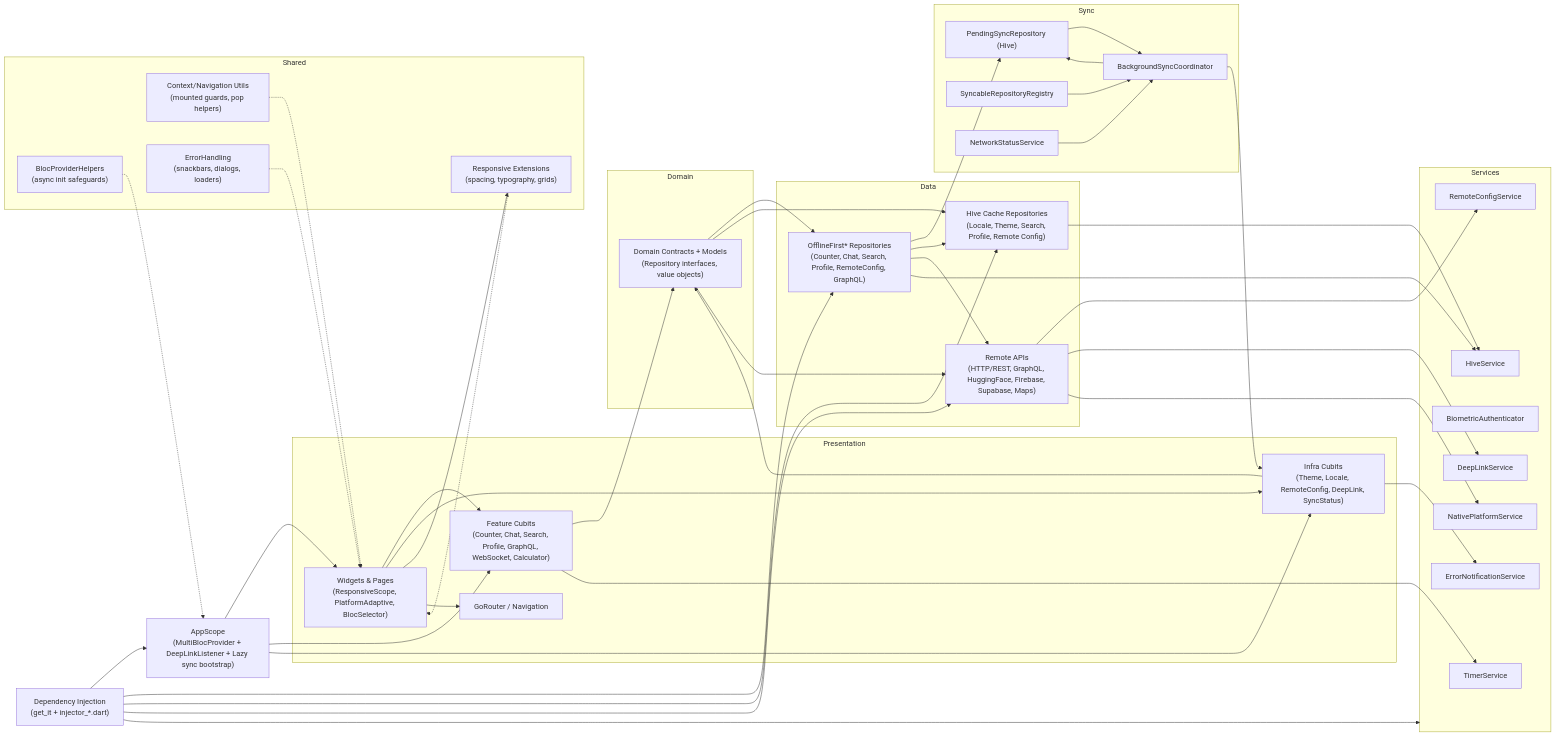
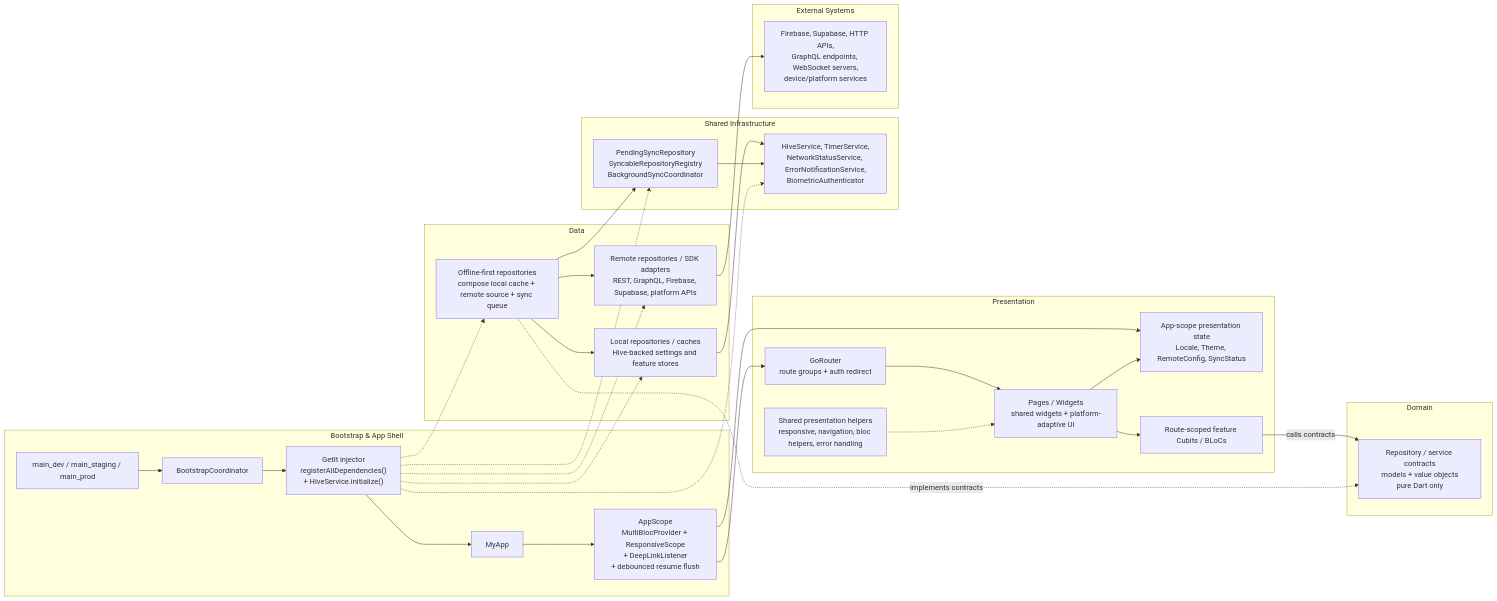
Before and after one commit to redjadet/flutter_bloc_app: the first of 2 diagrams in docs/architecture_details.md, drawn with Mermaid. The commit also changed other lines of this file and 1 other file, not shown here.

First line of the commit message:
docs: enhance architecture details and diagram for clarity

````diff
--- a/docs/architecture_details.md
+++ b/docs/architecture_details.md
@@ -26,84 +30,58 @@
 ```mermaid
 flowchart LR
-  AppScope["AppScope<br/>(MultiBlocProvider + DeepLinkListener + Lazy sync bootstrap)"]
-
-  subgraph Presentation
-    Widgets["Widgets & Pages<br/>(ResponsiveScope, PlatformAdaptive, BlocSelector)"]
-    FeatureCubits["Feature Cubits<br/>(Counter, Chat, Search, Profile, GraphQL, WebSocket, Calculator)"]
-    InfraCubits["Infra Cubits<br/>(Theme, Locale, RemoteConfig, DeepLink, SyncStatus)"]
-    Router["GoRouter / Navigation"]
+  subgraph Boot["Bootstrap & App Shell"]
+    Entry["main_dev / main_staging / main_prod"]
+    Bootstrap["BootstrapCoordinator"]
+    DI["GetIt injector<br/>registerAllDependencies()<br/>+ HiveService.initialize()"]
+    MyApp["MyApp"]
+    AppScope["AppScope<br/>MultiBlocProvider + ResponsiveScope<br/>+ DeepLinkListener<br/>+ debounced resume flush"]
+    Entry --> Bootstrap --> DI --> MyApp --> AppScope
   end
 
-  subgraph Domain
-    Contracts["Domain Contracts + Models<br/>(Repository interfaces, value objects)"]
+  subgraph Presentation["Presentation"]
+    Router["GoRouter<br/>route groups + auth redirect"]
+    AppState["App-scope presentation state<br/>Locale, Theme, RemoteConfig, SyncStatus"]
+    FeatureUI["Pages / Widgets<br/>shared widgets + platform-adaptive UI"]
+    FeatureLogic["Route-scoped feature Cubits / BLoCs"]
+    SharedUI["Shared presentation helpers<br/>responsive, navigation, bloc helpers, error handling"]
   end
 
-  subgraph Data
-    OfflineRepos["OfflineFirst* Repositories<br/>(Counter, Chat, Search, Profile, RemoteConfig, GraphQL)"]
-    CacheRepos["Hive Cache Repositories<br/>(Locale, Theme, Search, Profile, Remote Config)"]
-    RemoteRepos["Remote APIs<br/>(HTTP/REST, GraphQL, HuggingFace, Firebase, Supabase, Maps)"]
+  subgraph Domain["Domain"]
+    Contracts["Repository / service contracts<br/>models + value objects<br/>pure Dart only"]
   end
 
-  subgraph Sync
-    PendingSync["PendingSyncRepository (Hive)"]
-    Registry["SyncableRepositoryRegistry"]
-    Coordinator["BackgroundSyncCoordinator"]
-    NetworkStatus["NetworkStatusService"]
+  subgraph Data["Data"]
+    OfflineRepos["Offline-first repositories<br/>compose local cache + remote source + sync queue"]
+    LocalData["Local repositories / caches<br/>Hive-backed settings and feature stores"]
+    RemoteData["Remote repositories / SDK adapters<br/>REST, GraphQL, Firebase, Supabase, platform APIs"]
   end
 
-  subgraph Services
-    HiveService
-    TimerService
-    BiometricAuthenticator
-    DeepLinkService
-    RemoteConfigService
-    NativePlatformService
-    ErrorNotificationService
+  subgraph Infra["Shared Infrastructure"]
+    Sync["PendingSyncRepository<br/>SyncableRepositoryRegistry<br/>BackgroundSyncCoordinator"]
+    Services["HiveService, TimerService,<br/>NetworkStatusService, ErrorNotificationService,<br/>BiometricAuthenticator"]
   end
 
-  subgraph Shared
-    ResponsiveExt["Responsive Extensions<br/>(spacing, typography, grids)"]
-    ContextUtilsNode["Context/Navigation Utils<br/>(mounted guards, pop helpers)"]
-    ErrorHandlingNode["ErrorHandling<br/>(snackbars, dialogs, loaders)"]
-    BlocProviderHelpers["BlocProviderHelpers<br/>(async init safeguards)"]
+  subgraph External["External Systems"]
+    APIs["Firebase, Supabase, HTTP APIs,<br/>GraphQL endpoints, WebSocket servers,<br/>device/platform services"]
   end
 
-  Injector["Dependency Injection<br/>(get_it + injector_*.dart)"]
-
-  AppScope --> Widgets
-  AppScope --> FeatureCubits
-  AppScope --> InfraCubits
-  Widgets --> FeatureCubits
-  Widgets --> InfraCubits
-  Widgets --> ResponsiveExt
-  Widgets --> Router
-  FeatureCubits --> Contracts
-  InfraCubits --> Contracts
-  Contracts --> OfflineRepos
-  Contracts --> CacheRepos
-  Contracts --> RemoteRepos
-  OfflineRepos --> PendingSync
-  OfflineRepos --> CacheRepos
-  OfflineRepos --> RemoteRepos
-  CacheRepos --> HiveService
-  OfflineRepos --> HiveService
-  FeatureCubits --> TimerService
-  InfraCubits --> ErrorNotificationService
-  RemoteRepos --> RemoteConfigService
-  RemoteRepos --> DeepLinkService
-  RemoteRepos --> NativePlatformService
-  PendingSync --> Coordinator
-  Registry --> Coordinator
-  NetworkStatus --> Coordinator
-  Coordinator --> PendingSync
-  Coordinator --> InfraCubits
-  Injector --> AppScope
-  Injector --> Services
-  Injector --> OfflineRepos
-  Injector --> CacheRepos
-  Injector --> RemoteRepos
-  ResponsiveExt -.-> Widgets
-  ContextUtilsNode -.-> Widgets
-  ErrorHandlingNode -.-> Widgets
-  BlocProviderHelpers -.-> AppScope
+  AppScope --> Router
+  AppScope --> AppState
+  Router --> FeatureUI
+  FeatureUI --> FeatureLogic
+  FeatureUI --> AppState
+  SharedUI -.-> FeatureUI
+  FeatureLogic -->|"calls contracts"| Contracts
+  OfflineRepos -.->|"implements contracts"| Contracts
+  OfflineRepos --> LocalData
+  OfflineRepos --> RemoteData
+  OfflineRepos --> Sync
+  LocalData --> Services
+  Sync --> Services
+  RemoteData --> APIs
+  DI -.-> OfflineRepos
+  DI -.-> LocalData
+  DI -.-> RemoteData
+  DI -.-> Sync
+  DI -.-> Services
 ```
````
